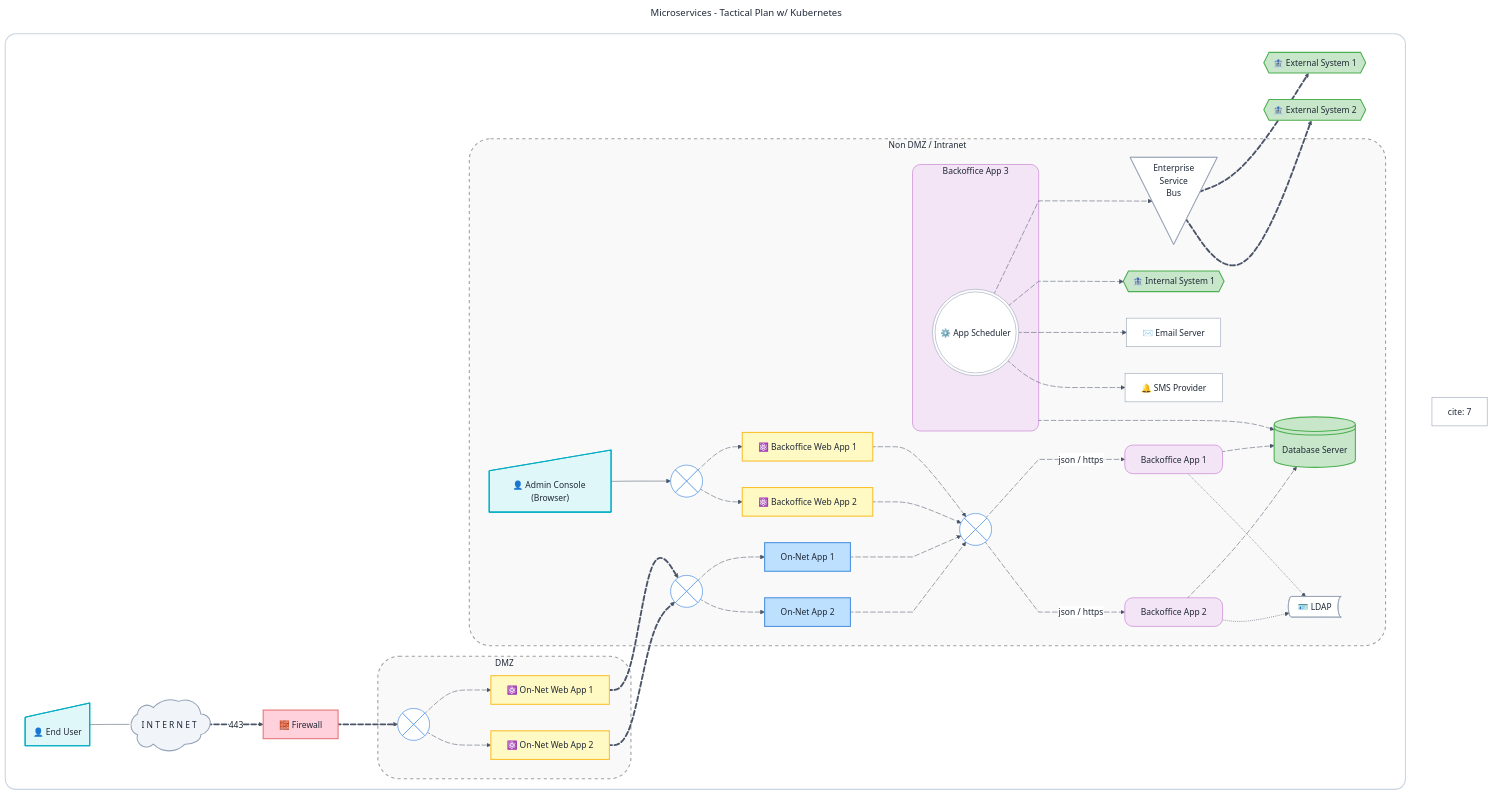
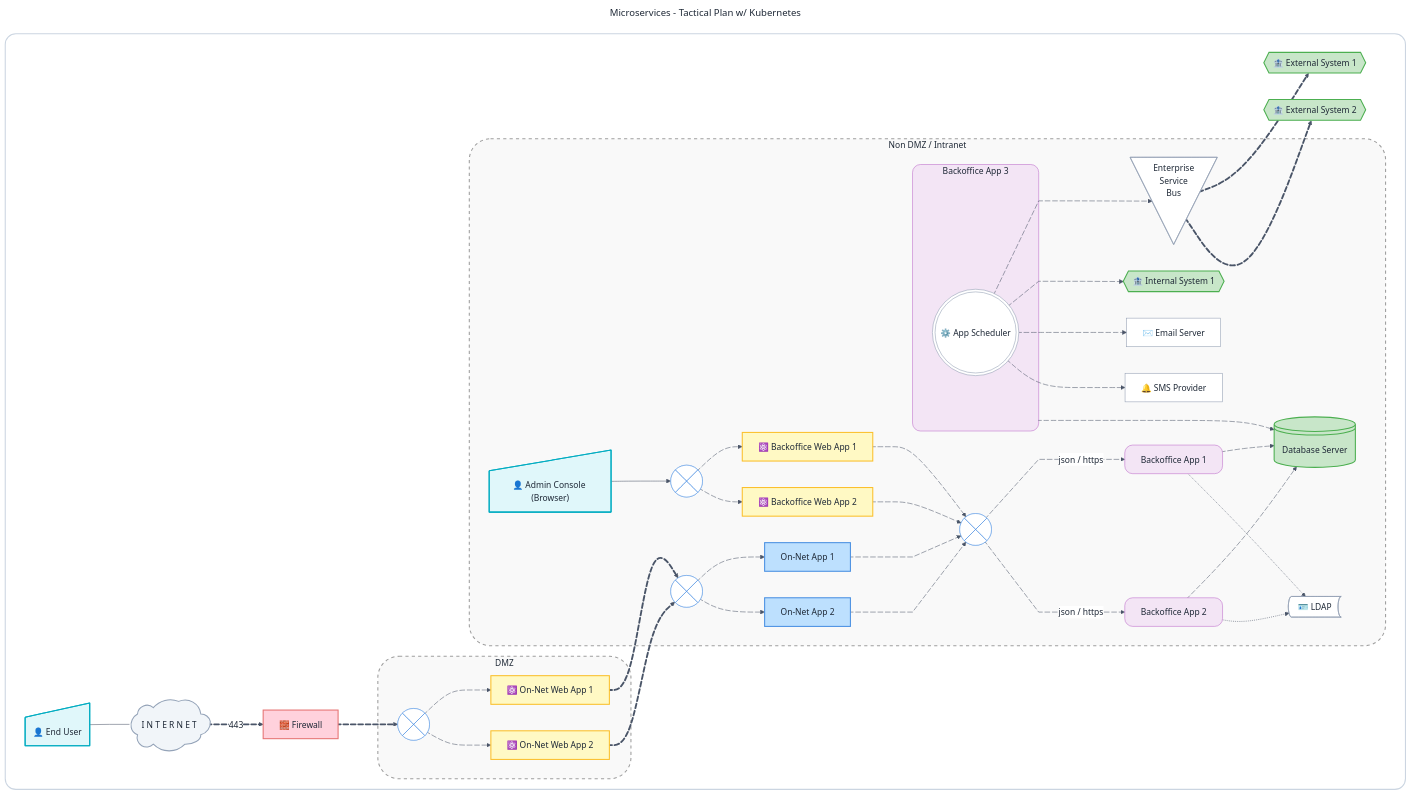
One commit to govindthange/playbooks changed the diagram in mermaid/multi-tier-templates/pastel-theme/onnet2-bo2-web-app.mmd. Above: the diagram before and after it, drawn with Mermaid. The commit also changed 5 other files, not shown here.

````diff
--- a/mermaid/multi-tier-templates/pastel-theme/onnet2-bo2-web-app.mmd
+++ b/mermaid/multi-tier-templates/pastel-theme/onnet2-bo2-web-app.mmd
@@ -1,166 +1,165 @@
 ---
 title: "Microservices - Tactical Plan w/ Kubernetes"
 config:
   flowchart:
     curve: basis
   theme: base
   themeVariables:
     primaryColor: '#E2F0CB'
     primaryTextColor: '#1F2937'
     primaryBorderColor: '#8E9AAF'
     lineColor: '#4A5568'
     edgeLabelBackground: '#FFFFFF'
     fontFamily: 'Inter, system-ui, sans-serif'
     mainBkg: '#FFFFFF'
     secondBkg: '#F8FAFC'
     tertiaryColor: '#EDF2F7'
     clusterBkg: '#FAFAFA'
     clusterBorder: '#CBD5E1'
     background: '#FFFFFF'
     secondaryColor: '#E2E8F0'
     tertiaryTextColor: '#1F2937'
     secondaryTextColor: '#1F2937'
     textColor: '#1F2937'
     nodeTextColor: '#1F2937'
   themeCSS: '.edgeLabel, .edgeLabels, .edgeLabel *, .edgeLabels *, .edgeLabel .label, .edgeLabels .label, .edgeLabel p, .edgeLabels p, .edgeLabel div, .edgeLabels div, .edgeLabel foreignObject, .edgeLabels foreignObject, .edgeLabel rect, .edgeLabels rect, .edgeLabel span, .edgeLabels span, .label rect, tspan { background-color: #FFFFFF !important; fill: #FFFFFF !important; stroke: none !important; } .edgeLabel .label text, .edgeLabel text, .edgeLabels text, .edgeLabel p, .edgeLabels p, .edgeLabel span, .edgeLabels span { color: #4A5568 !important; fill: #4A5568 !important; }'
 ---
 
 flowchart
   subgraph mainContainer[" "]
     direction LR
     endUser@{ shape: sl-rect, label: "👤 End User" }
     internet@{ shape: cloud, label: "I  N  T  E  R  N  E  T" }
     firewall@{ shape: rect, label: "🧱 Firewall" }
 
     subgraph dmz ["DMZ"]
       onNetWeb1@{ shape: rect, label: "⚛️ On-Net Web App 1" }
       onNetWeb2@{ shape: rect, label: "⚛️ On-Net Web App 2" }
       lbBeforeOnnetWebs@{ shape: cross-circ, label: "🔀" }
     end
 
     subgraph nonDmz ["Non DMZ / Intranet"]
       lbBeforeBoApps@{ shape: cross-circ, label: "🔀" }
       lbBeforeBoWeb@{ shape: cross-circ, label: "🔀" }
       lbBeforeOnNetApps@{ shape: cross-circ, label: "🔀" }
       ldap@{ shape: bow-rect, label: "🪪 LDAP" }
       boWeb1@{ shape: rect, label: "⚛️ Backoffice Web App 1" }
       boWeb2@{ shape: rect, label: "⚛️ Backoffice Web App 2" }
       
       onNetApp1@{ shape: rect, label: "On-Net App 1" }
       onNetApp2@{ shape: rect, label: "On-Net App 2" }
 
       lbBeforeOnNetApps edgeLbOnNetApp1@--> onNetApp1
       edgeLbOnNetApp1@{ curve: basis, animate: true, animation: fast }
       lbBeforeOnNetApps edgeLbOnNetApp2@--> onNetApp2
       edgeLbOnNetApp2@{ curve: basis, animate: true, animation: fast }
 
       adminUser@{ shape: sl-rect, label: "👤 Admin Console (Browser)" }
       adminUser --> lbBeforeBoWeb
       lbBeforeBoWeb edgeLbBoWeb1@--> boWeb1
       edgeLbBoWeb1@{ curve: basis, animate: true, animation: fast }
       lbBeforeBoWeb edgeLbBoWeb2@--> boWeb2
       edgeLbBoWeb2@{ curve: basis, animate: true, animation: fast }
       
       boWeb1 edgeBoWeb1Lb@--> lbBeforeBoApps
       edgeBoWeb1Lb@{ curve: basis, animate: true, animation: fast }
       boWeb2 edgeBoWeb2Lb@--> lbBeforeBoApps
       edgeBoWeb2Lb@{ curve: basis, animate: true, animation: fast }
       onNetApp1 edgeService1A2@-.-> lbBeforeBoApps
       edgeService1A2@{ curve: linear, animate: true, animation: fast }
 
       onNetApp2 edgeService1B2@-.-> lbBeforeBoApps
       edgeService1B2@{ curve: linear, animate: true, animation: fast }
       
       boApp1@{ shape: rect, label: "Backoffice App 1" }
       boApp2@{ shape: rect, label: "Backoffice App 2" }
       lbBeforeBoApps edgeService1A1@-.->|json / https| boApp1
       edgeService1A1@{ curve: linear, animate: true, animation: fast }
       lbBeforeBoApps edgeService1B1@-.->|json / https| boApp2
       edgeService1B1@{ curve: linear, animate: true, animation: fast }
       subgraph boApp3 ["Backoffice App 3"]
           boAppScheduler@{ shape: dbl-circ, label: "⚙️ App Scheduler" }
       end
       emailServer@{ shape: rect, label: "✉️ Email Server" }
       database@{ shape: lin-cyl, label: "Database Server" }
       internalSystem1@{ shape: hex, label: "🏦 Internal System 1" }
       esb@{ shape: flip-tri, label: "Enterprise<br/>Service<br/>Bus" }
       smsProvider@{ shape: rect, label: "🔔 SMS Provider" }
     end
 
     externalSystem1@{ shape: hex, label: "🏦 External System 1" }
     externalSystem2@{ shape: hex, label: "🏦 External System 2" }
 
     %% External Access Routing
     lbBeforeOnnetWebs externalLbToWeb1@--> onNetWeb1
     externalLbToWeb1@{ curve: basis, animate: true, animation: fast }
     lbBeforeOnnetWebs externalLbToWeb2@--> onNetWeb2
     externalLbToWeb2@{ curve: basis, animate: true, animation: fast }
 
     endUser edgeWeb@--- internet
     edgeWeb@{ curve: linear }
 
     internet edgeFirewall@==> |443| firewall
     edgeFirewall@{ curve: linear, animate: true, animation: slow }
 
     firewall edgeGateway@==> lbBeforeOnnetWebs
     edgeGateway@{ curve: linear, animate: true, animation: slow }
 
     onNetWeb1 webapp1ToInternalLb@==> lbBeforeOnNetApps
     webapp1ToInternalLb@{ curve: basis, animate: true, animation: slow }
 
     onNetWeb2 webapp2ToInternalLb@==> lbBeforeOnNetApps
     webapp2ToInternalLb@{ curve: basis, animate: true, animation: slow }
 
     boApp1 edgeBoApp1Db@--> database
     edgeBoApp1Db@{ curve: basis, animate: true, animation: fast }
     boApp2 edgeBoApp2Db@--> database
     edgeBoApp2Db@{ curve: basis, animate: true, animation: fast }
     boApp3 edgeBoApp3Db@--> database
     edgeBoApp3Db@{ curve: basis, animate: true, animation: fast }
 
     boAppScheduler edgeEventsBus@--> esb
     edgeEventsBus@{ curve: linear, animate: true, animation: slow }
 
     boAppScheduler edgeCbs@--> internalSystem1
     edgeCbs@{ curve: linear, animate: true, animation: slow }
 
     boAppScheduler edgeEmailNotify@--> emailServer
     edgeEmailNotify@{ curve: basis, animate: true, animation: fast }
 
     boAppScheduler edgeSmsNotify@--> smsProvider
     edgeSmsNotify@{ curve: basis, animate: true, animation: fast }
 
     boApp1 & boApp2 -.-> ldap
 
     esb edgeEsbBse@==> externalSystem1
     edgeEsbBse@{ curve: basis, animate: true, animation: slow }
 
     esb edgeEsbNse@==> externalSystem2
     edgeEsbNse@{ curve: basis, animate: true, animation: slow }
   end
 
 %% Pastel Light Theme Styling & Classes
 classDef zoneClass fill:#F9F9F9,stroke:#9E9E9E,stroke-width:2px,stroke-dasharray:6,rx:40,ry:40,color:#1F2937;
 classDef webAppClass fill:#FFF9C4,stroke:#FBC02D,stroke-width:2px,color:#1F2937;
 classDef onNetClass fill:#BDE0FE,stroke:#4A90E2,stroke-width:2px,color:#1F2937;
 classDef boClass fill:#F3E5F5,stroke:#BA68C8,rx:15,ry:15,color:#1F2937;
 classDef serviceClass fill:#C8E6C9,stroke:#4CAF50,stroke-width:2px,color:#1F2937;
 classDef systemUserClass fill:#E0F7FA,stroke:#00ACC1,stroke-width:2px,color:#1F2937;
 
 class dmz,nonDmz zoneClass;
 class onNetWeb1,onNetWeb2,boWeb1,boWeb2 webAppClass;
 class onNetApp1,onNetApp2 onNetClass;
 class boApp1,boApp2,boApp3 boClass;
 class database,internalSystem1,externalSystem1,externalSystem2 serviceClass;
 class endUser,adminUser systemUserClass;
 
 %% Pastel Specific Adhoc Styling
 style mainContainer fill:#FFFFFF,stroke:#CBD5E1,stroke-width:2px,rx:20px,ry:20px;
 style firewall fill:#FFD1DC,stroke:#E57373,stroke-width:2px,color:#1F2937;
 style internet fill:#F1F5F9,stroke:#94A3B8,stroke-width:2px,color:#1F2937;
 
 style lbBeforeOnnetWebs stroke:#4A90E2;
 style lbBeforeBoApps stroke:#4A90E2;
 style lbBeforeOnNetApps stroke:#4A90E2;
 style lbBeforeBoWeb stroke:#4A90E2;
-```[cite: 7]
````
